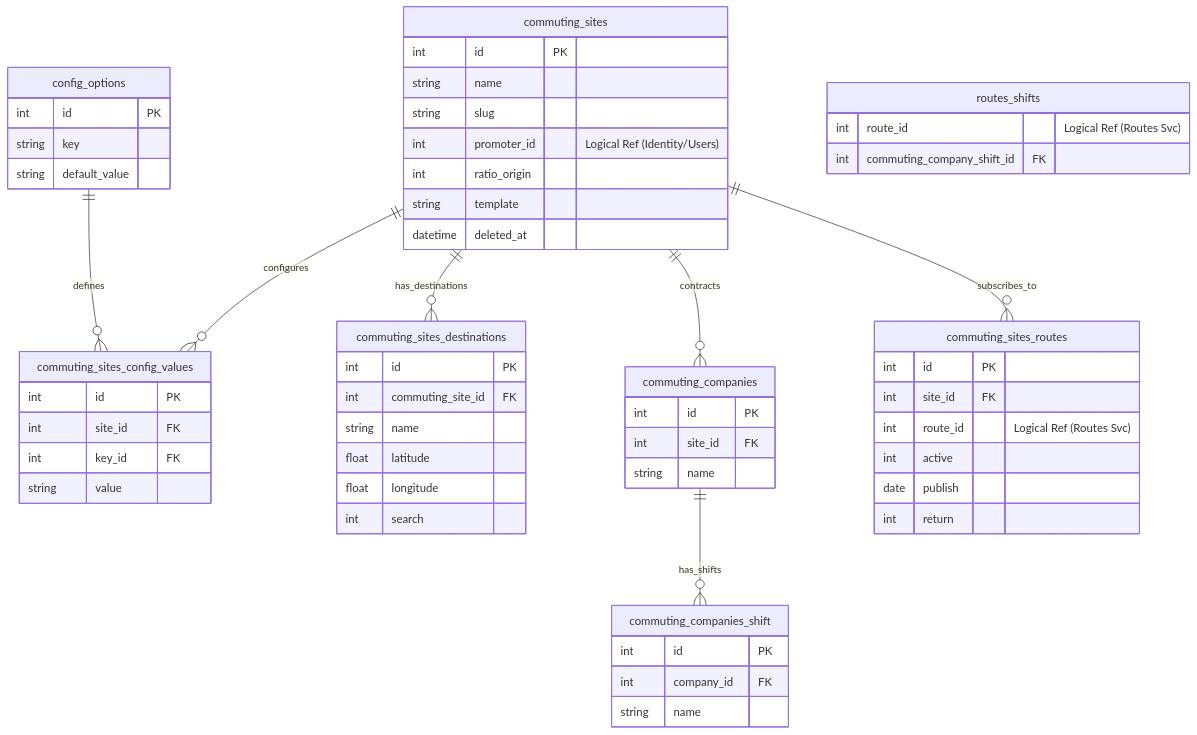
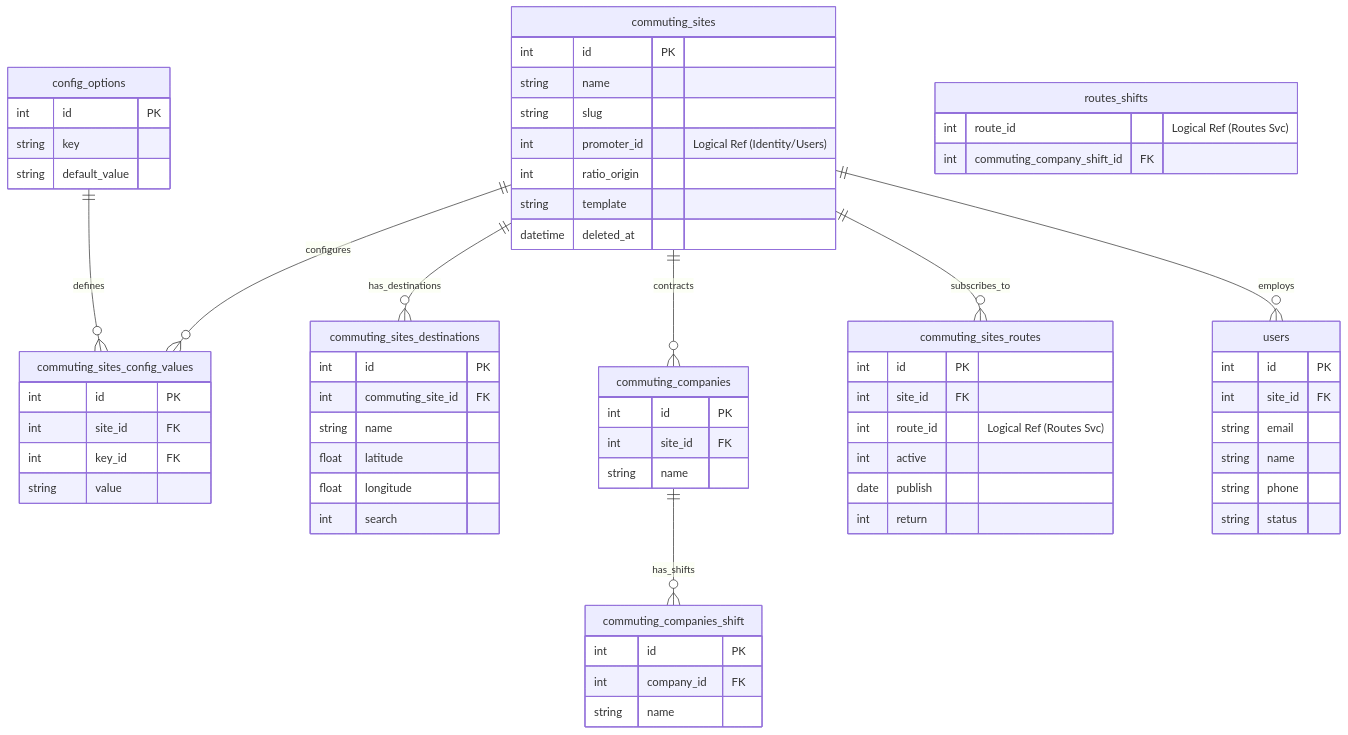
The second of 5 diagrams in docs/3_Modelo_de_Datos.md (LIDR-academy/AI4Devs-finalproject), drawn with Mermaid before and after one commit. The commit also changed other lines of this file and 4 other files, not shown here.

````diff
--- a/docs/3_Modelo_de_Datos.md
+++ b/docs/3_Modelo_de_Datos.md
@@ -113,67 +113,77 @@
 ```mermaid
 erDiagram
     commuting_sites ||--o{ commuting_sites_config_values : "configures"
     config_options ||--o{ commuting_sites_config_values : "defines"
     commuting_sites ||--o{ commuting_sites_destinations : "has_destinations"
     commuting_sites ||--o{ commuting_companies : "contracts"
     commuting_companies ||--o{ commuting_companies_shift : "has_shifts"
     commuting_sites ||--o{ commuting_sites_routes : "subscribes_to"
+    commuting_sites ||--o{ users : "employs"
+
+    users {
+        int id PK
+        int site_id FK
+        string email
+        string name
+        string phone
+        string status
+    }
     
     commuting_sites {
         int id PK
         string name
         string slug
         int promoter_id "Logical Ref (Identity/Users)"
         int ratio_origin
         string template
         datetime deleted_at
     }
 
     commuting_sites_routes {
         int id PK
         int site_id FK
         int route_id "Logical Ref (Routes Svc)"
         int active
         date publish
         int return
     }
 
     commuting_sites_config_values {
         int id PK
         int site_id FK
         int key_id FK
         string value
     }
 
     commuting_companies {
         int id PK
         int site_id FK
         string name
     }
 
     commuting_companies_shift {
         int id PK
         int company_id FK
         string name
     }
     
     commuting_sites_destinations {
         int id PK
         int commuting_site_id FK
         string name
         float latitude
         float longitude
         int search
     }
     
     config_options {
         int id PK
         string key
         string default_value
     }
     
     routes_shifts {
         int route_id "Logical Ref (Routes Svc)"
         int commuting_company_shift_id FK
     }
 ```
````
